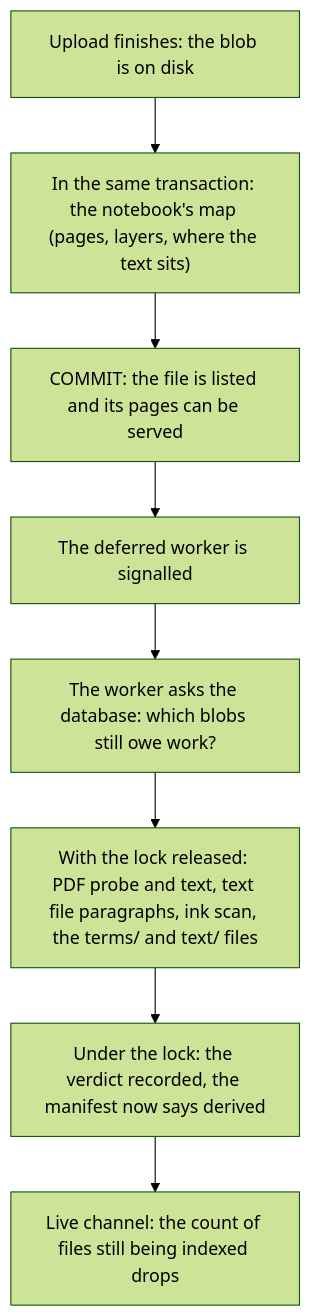
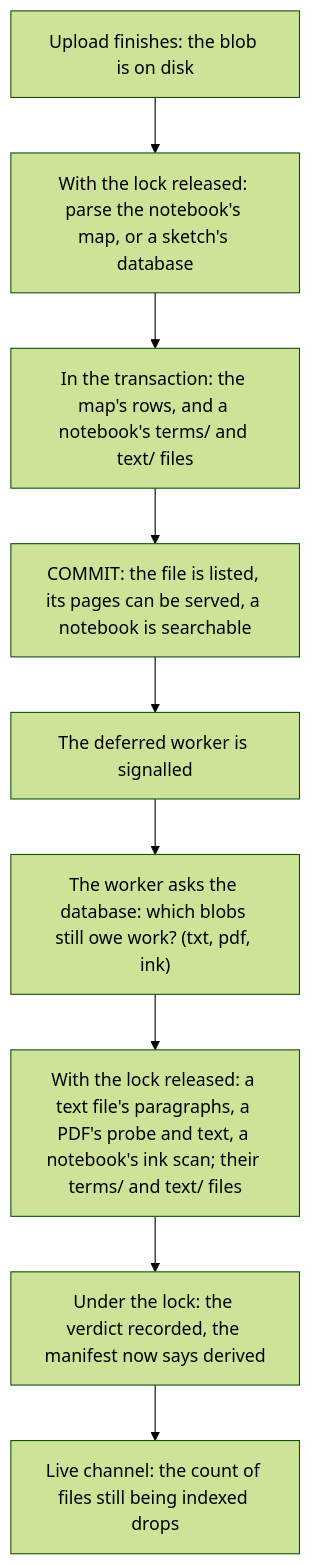
The diagram in docs/content/contributor/indexing.md (m00qek/inkhold), drawn with Mermaid (forest theme) before and after one commit. The commit also changed other lines of this file and 10 other files, not shown here.

````diff
--- a/docs/content/contributor/indexing.md
+++ b/docs/content/contributor/indexing.md
@@ -45,10 +48,11 @@
 ```mermaid
 flowchart TD
-  up["Upload finishes: the blob is on disk"] --> tx["In the same transaction: the notebook's map (pages, layers, where the text sits)"]
-  tx --> commit["COMMIT: the file is listed and its pages can be served"]
+  up["Upload finishes: the blob is on disk"] --> parse["With the lock released: parse the notebook's map, or a sketch's database"]
+  parse --> tx["In the transaction: the map's rows, and a notebook's terms/ and text/ files"]
+  tx --> commit["COMMIT: the file is listed, its pages can be served, a notebook is searchable"]
   commit --> signal["The deferred worker is signalled"]
-  signal --> job["The worker asks the database: which blobs still owe work?"]
-  job --> derive["With the lock released: PDF probe and text, text file paragraphs, ink scan, the terms/ and text/ files"]
+  signal --> job["The worker asks the database: which blobs still owe work? (txt, pdf, ink)"]
+  job --> derive["With the lock released: a text file's paragraphs, a PDF's probe and text, a notebook's ink scan; their terms/ and text/ files"]
   derive --> verdict["Under the lock: the verdict recorded, the manifest now says derived"]
   verdict --> live["Live channel: the count of files still being indexed drops"]
 ```
````
